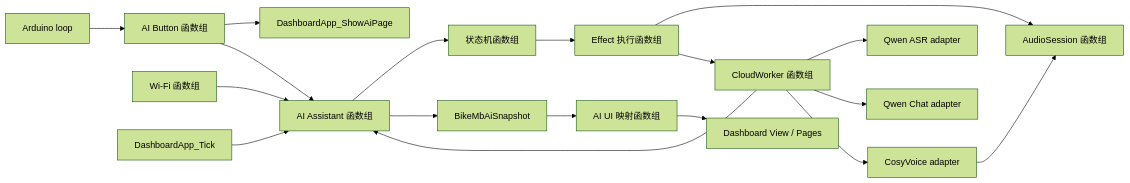
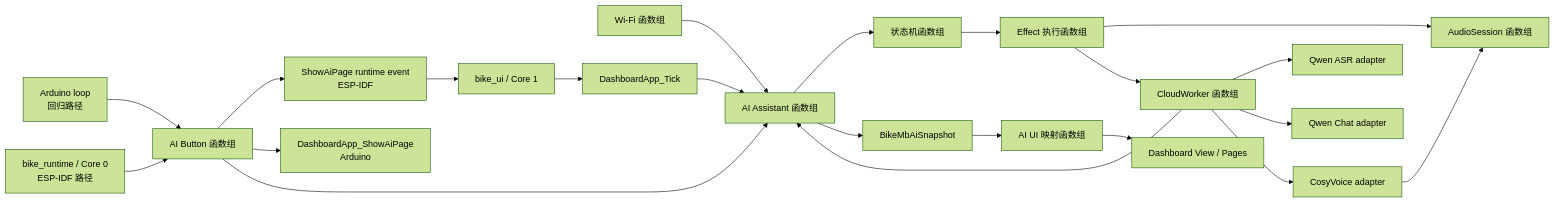
One commit to Yangth1993/BikeMB changed the first of 4 diagrams in docs/architecture/ai-assistant-implementation.md. Above: the diagram before and after it, drawn with Mermaid (forest theme). The commit also changed other lines of this file and 14 other files, not shown here.

````diff
--- a/docs/architecture/ai-assistant-implementation.md
+++ b/docs/architecture/ai-assistant-implementation.md
@@ -21,20 +22,24 @@
 ```mermaid
 flowchart LR
-  Loop["Arduino loop"] --> Button["AI Button 函数组"]
-  Button --> Page["DashboardApp_ShowAiPage"]
+  Loop["Arduino loop<br/>回归路径"] --> Button["AI Button 函数组"]
+  Runtime["bike_runtime / Core 0<br/>ESP-IDF 路径"] --> Button
+  Button --> PageEvent["ShowAiPage runtime event<br/>ESP-IDF"]
+  Button --> PageDirect["DashboardApp_ShowAiPage<br/>Arduino"]
+  PageEvent --> UiTask["bike_ui / Core 1"]
   Button --> Assistant["AI Assistant 函数组"]
   Wifi["Wi-Fi 函数组"] --> Assistant
   Assistant --> Machine["状态机函数组"]
   Machine --> Effects["Effect 执行函数组"]
   Effects --> Audio["AudioSession 函数组"]
   Effects --> Cloud["CloudWorker 函数组"]
   Cloud --> Asr["Qwen ASR adapter"]
   Cloud --> Chat["Qwen Chat adapter"]
   Cloud --> Tts["CosyVoice adapter"]
   Tts --> Audio
   Cloud --> Assistant
   App["DashboardApp_Tick"] --> Assistant
+  UiTask --> App
   Assistant --> Snapshot["BikeMbAiSnapshot"]
   Snapshot --> UiMap["AI UI 映射函数组"]
   UiMap --> LVGL["Dashboard View / Pages"]
 ```
````
